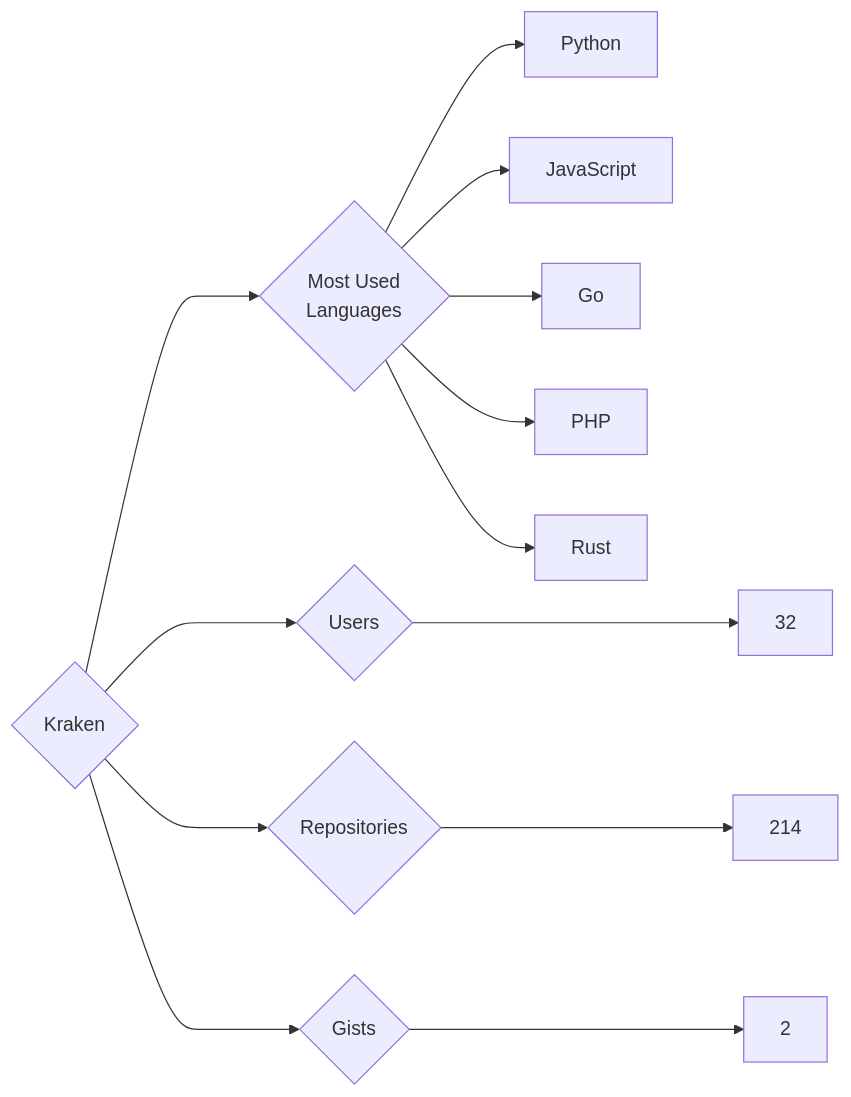
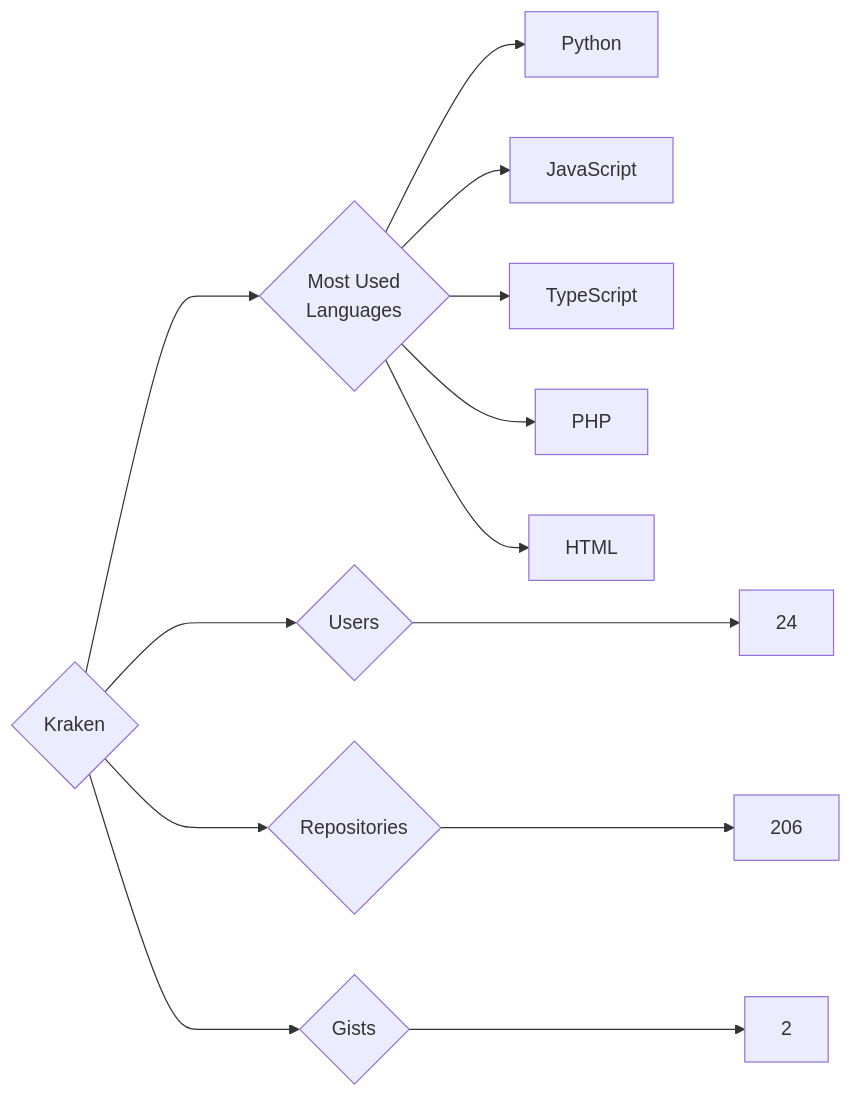
One commit to trickest/insiders changed the diagram in targets/Kraken/README.md. Above: the diagram before and after it, drawn with Mermaid. The commit also changed 838 other files, not shown here.

````diff
--- a/targets/Kraken/README.md
+++ b/targets/Kraken/README.md
@@ -3,13 +3,13 @@
 ```mermaid
 graph LR
 COMPANY_NAME{Kraken}
-COMPANY_NAME ---> U{Users} ---> UN[32]
-COMPANY_NAME ---> R{Repositories} ---> RN[214]
+COMPANY_NAME ---> U{Users} ---> UN[24]
+COMPANY_NAME ---> R{Repositories} ---> RN[206]
 COMPANY_NAME ---> G{Gists} ---> GN[2]
 COMPANY_NAME ---> ML{Most Used<br>Languages}
 ML --> Python[Python]
 ML --> JavaScript[JavaScript]
-ML --> Go[Go]
+ML --> TypeScript[TypeScript]
 ML --> PHP[PHP]
-ML --> Rust[Rust]
+ML --> HTML[HTML]
 ```
````
